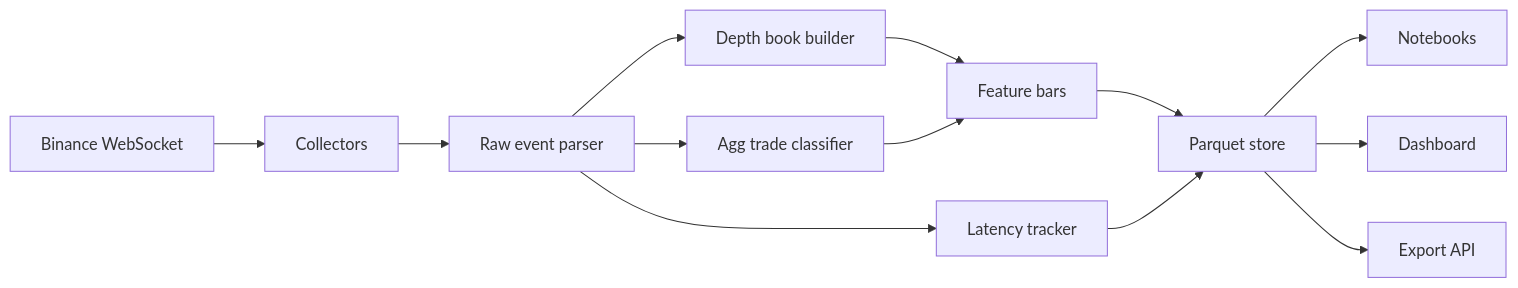
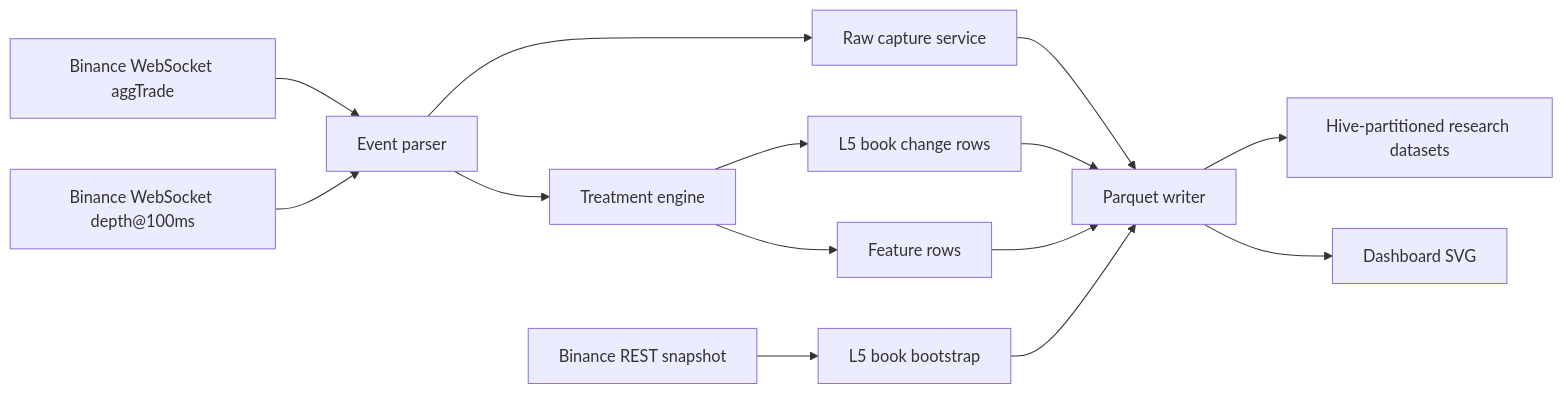
Before and after one commit to emschutt/crypto-market-data-research-engine: the diagram in README.md, drawn with Mermaid. The commit also changed other lines of this file and 64 other files, not shown here.

````diff
--- a/README.md
+++ b/README.md
@@ -27,15 +25,16 @@
 ```mermaid
 flowchart LR
-    A[Binance WebSocket] --> B[Collectors]
-    B --> C[Raw event parser]
-    C --> D[Depth book builder]
-    C --> E[Agg trade classifier]
-    D --> F[Feature bars]
-    E --> F
-    C --> G[Latency tracker]
-    F --> H[Parquet store]
-    G --> H
-    H --> I[Notebooks]
-    H --> J[Dashboard]
-    H --> K[Export API]
+    A[Binance REST snapshot] --> B[L5 book bootstrap]
+    C[Binance WebSocket aggTrade] --> D[Event parser]
+    E[Binance WebSocket depth@100ms] --> D
+    D --> F[Raw capture service]
+    D --> G[Treatment engine]
+    G --> H[L5 book change rows]
+    G --> I[Feature rows]
+    F --> J[Parquet writer]
+    H --> J
+    I --> J
+    B --> J
+    J --> K[Hive-partitioned research datasets]
+    J --> L[Dashboard SVG]
 ```
````
